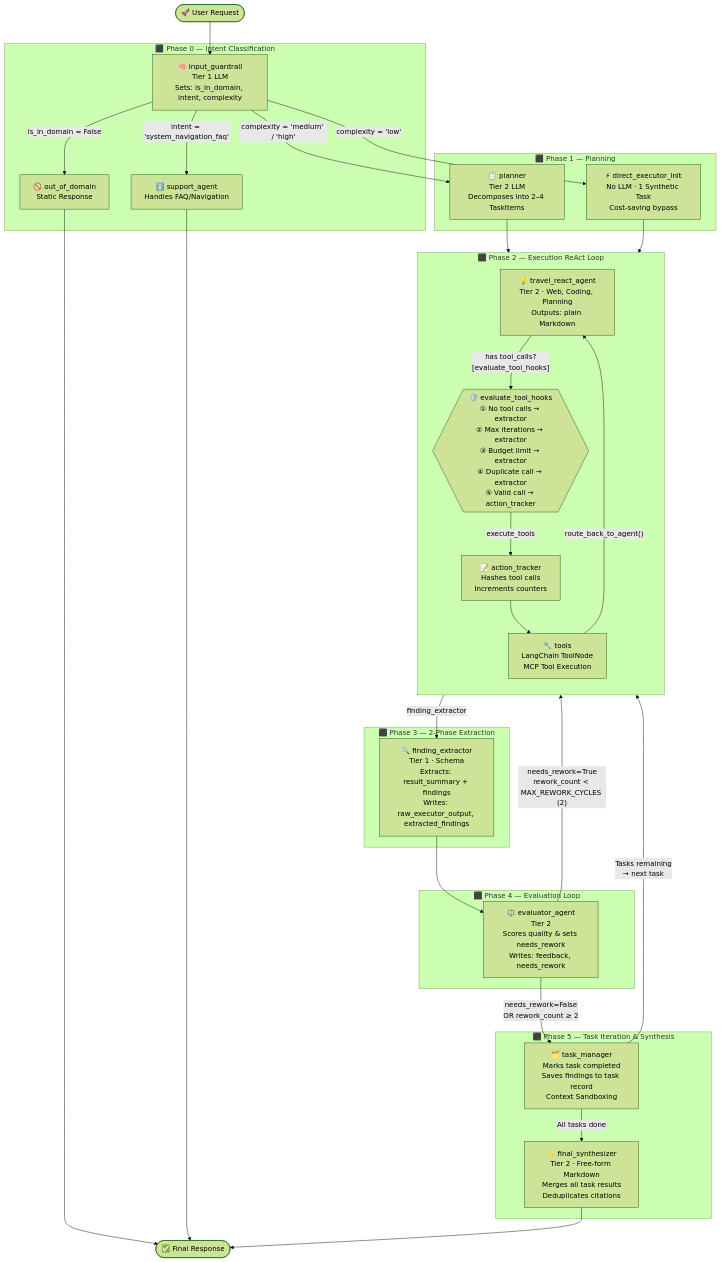
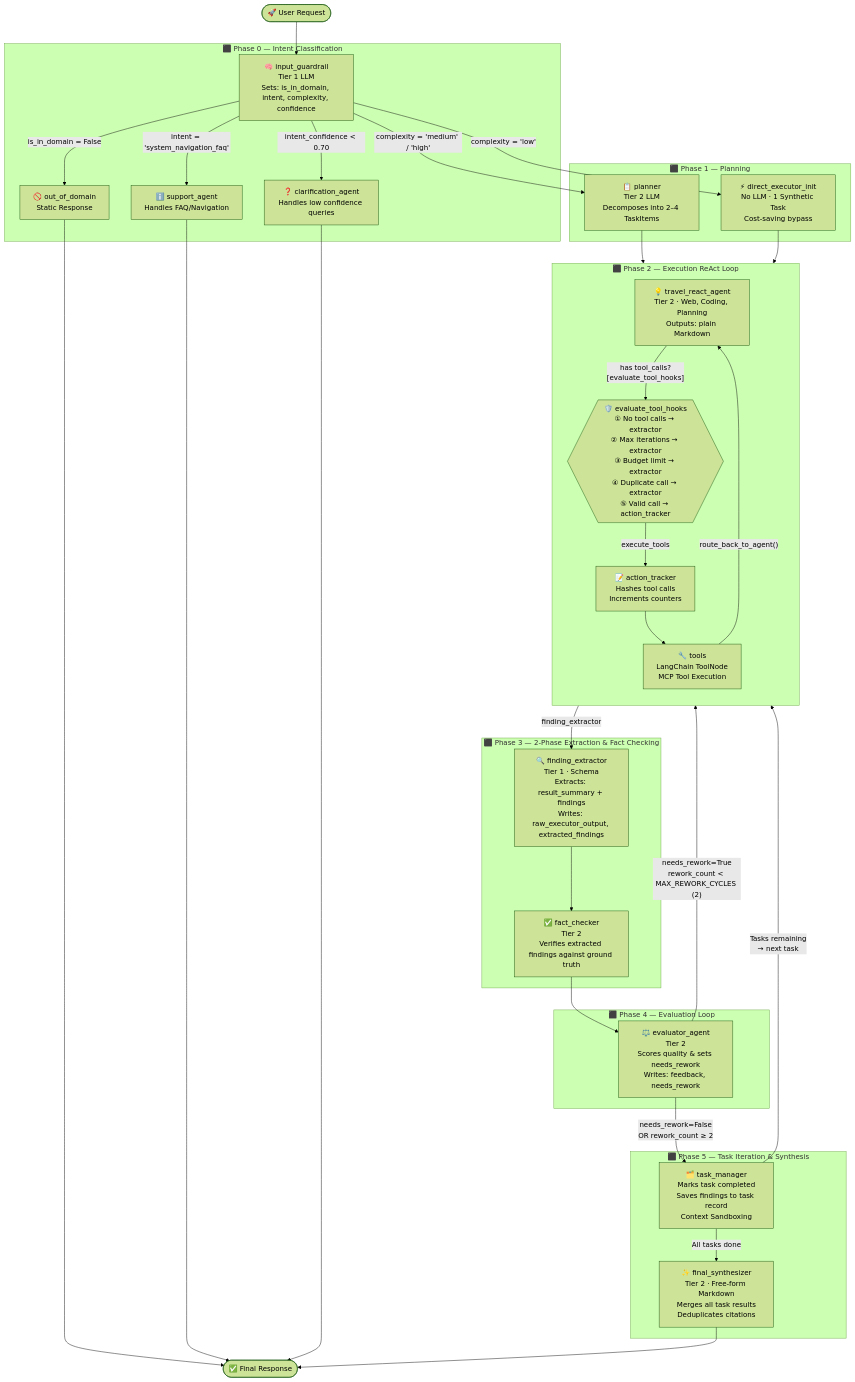
The diagram in agent/README.md (mminh007/travel-assistant-system), drawn with Mermaid (forest theme) before and after one commit. The commit also changed other lines of this file and 1 other file, not shown here.

````diff
--- a/agent/README.md
+++ b/agent/README.md
@@ -133,65 +147,70 @@
 ```mermaid
 flowchart TD
     START([" 🚀 User Request "]) --> IG
 
     subgraph PHASE0["⬛ Phase 0 — Intent Classification"]
-        IG["🧠 input_guardrail\nTier 1 LLM\nSets: is_in_domain, intent, complexity"]
+        IG["🧠 input_guardrail\nTier 1 LLM\nSets: is_in_domain, intent, complexity, confidence"]
         OOD["🚫 out_of_domain\nStatic Response"]
         SA["ℹ️ support_agent\nHandles FAQ/Navigation"]
+        CA["❓ clarification_agent\nHandles low confidence queries"]
     end
 
     IG -- "is_in_domain = False" --> OOD
+    IG -- "intent_confidence < 0.70" --> CA
     IG -- "intent = 'system_navigation_faq'" --> SA
     IG -- "complexity = 'low'" --> DEI
     IG -- "complexity = 'medium' / 'high'" --> PL
 
     OOD --> END([" ✅ Final Response "])
     SA --> END
+    CA --> END
 
     subgraph PHASE1["⬛ Phase 1 — Planning"]
         PL["📋 planner\nTier 2 LLM\nDecomposes into 2–4 TaskItems"]
         DEI["⚡ direct_executor_init\nNo LLM · 1 Synthetic Task\nCost-saving bypass"]
     end
 
     PL --> GM
     DEI --> GM
 
     subgraph PHASE2["⬛ Phase 2 — Execution ReAct Loop"]
         direction TB
         GM["💡 travel_react_agent\nTier 2 · Web, Coding, Planning\nOutputs: plain Markdown"]
 
         AT["📝 action_tracker\nHashes tool calls\nIncrements counters"]
         TOOLS["🔧 tools\nLangChain ToolNode\nMCP Tool Execution"]
 
         GM -- "has tool_calls?\n[evaluate_tool_hooks]" --> HOOKS
         HOOKS{{"🛡️ evaluate_tool_hooks\n① No tool calls → extractor\n② Max iterations → extractor\n③ Budget limit → extractor\n④ Duplicate call → extractor\n⑤ Valid call → action_tracker"}}
         HOOKS -- "execute_tools" --> AT
         AT --> TOOLS
         TOOLS -- "route_back_to_agent()" --> GM
     end
 
     HOOKS -- "finding_extractor" --> FE
 
-    subgraph PHASE3["⬛ Phase 3 — 2-Phase Extraction"]
+    subgraph PHASE3["⬛ Phase 3 — 2-Phase Extraction & Fact Checking"]
         FE["🔍 finding_extractor\nTier 1 · Schema\nExtracts: result_summary + findings\nWrites: raw_executor_output, extracted_findings"]
+        FC["✅ fact_checker\nTier 2\nVerifies extracted findings against ground truth"]
     end
 
-    FE --> EA
+    FE --> FC
+    FC --> EA
 
     subgraph PHASE4["⬛ Phase 4 — Evaluation Loop"]
         EA["⚖️ evaluator_agent\nTier 2\nScores quality & sets needs_rework\nWrites: feedback, needs_rework"]
     end
 
     EA -- "needs_rework=True\nrework_count < MAX_REWORK_CYCLES (2)" --> GM
     EA -- "needs_rework=False\nOR rework_count ≥ 2" --> TM
 
     subgraph PHASE5["⬛ Phase 5 — Task Iteration & Synthesis"]
         TM["🗂️ task_manager\nMarks task completed\nSaves findings to task record\nContext Sandboxing"]
         FS["✨ final_synthesizer\nTier 2 · Free-form Markdown\nMerges all task results\nDeduplicates citations"]
     end
 
     TM -- "Tasks remaining\n→ next task" --> GM
     TM -- "All tasks done" --> FS
 
     FS --> END
 ```
````
